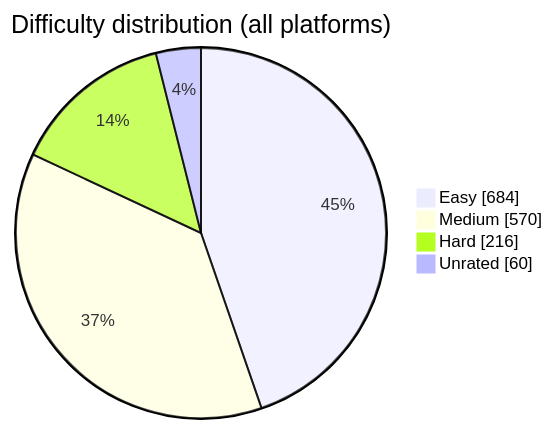
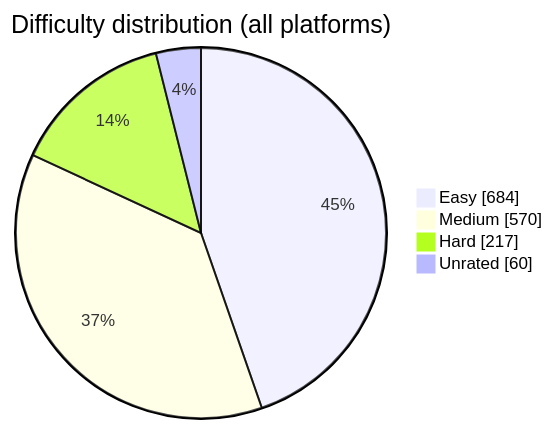
Before and after one commit to BuildbyArindam/Daily-Coding-Log: the diagram in README.md, drawn with Mermaid. The commit also changed other lines of this file, not shown here.

````diff
--- a/README.md
+++ b/README.md
@@ -93,7 +93,7 @@
 ```mermaid
 pie showData title Difficulty distribution (all platforms)
     "Easy" : 684
     "Medium" : 570
-    "Hard" : 216
+    "Hard" : 217
     "Unrated" : 60
 ```
````
